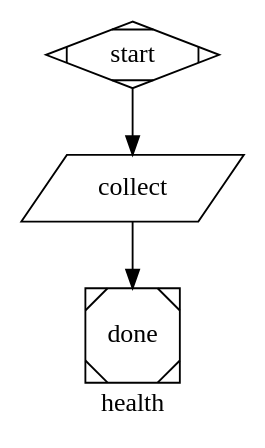
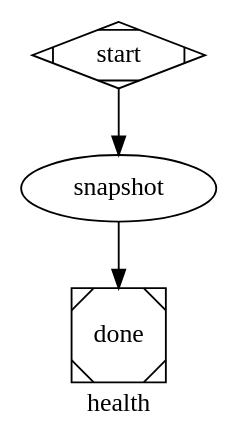
Before and after one commit to purrgrammer/fragua: the diagram in .swarm/workflows/health.dot, drawn with Graphviz. The commit also changed 146 other files, not shown here.

```diff
--- a/.swarm/workflows/health.dot
+++ b/.swarm/workflows/health.dot
@@ -1,34 +1,33 @@
 // health.dot — operational health snapshot of the swarm SQLite store.
-// One tool node wrapping .swarm/scripts/health/collect.ts. No LLM cost.
 //
-// Lifted out of the original introspect.dot pipeline so it can run on its
-// own cadence (hourly / on-demand) without dragging the drift workflows
-// along. The script labels each metric OK | WATCH | ALERT against
-// pre-defined thresholds — no LLM judgement needed.
+// A single codergen node runs .swarm/scripts/health/collect.ts via the
+// bash tool, then summarises the OK/WATCH/ALERT verdicts in its own
+// reply. The script already labels each metric; the codergen narrates.
 //
-// rollup.dot doesn't actually read this workflow's stored runs; it shells
-// out to the same script directly because health is a *now*-snapshot
-// (operational state, not historical findings). This workflow exists so
-// trends are queryable from `run_state` for future analysis and so a
-// missing snapshot is a visible run failure rather than silent.
+// Why a codergen, not a tool node: a workflow without an LLM has nothing
+// to read its own output. Tool nodes are for side effects (CI gates,
+// idempotent commands); data-gathering belongs inside a codergen.
 //
 //   bun run swarm run health
 
 digraph health {
   graph [
-    goal  = "Snapshot operational health of the swarm event store: run-status mix, halt-reason distribution, payload-size pressure, routing-size pressure, handler-timeout leaks, quarantines, daemon-event types."
-    label = "health"
+    goal             = "Snapshot operational health of the swarm event store and narrate the OK/WATCH/ALERT verdicts."
+    label            = "health"
+    default_fidelity = "compact"
+    model_stylesheet = "* { llm_provider: anthropic; llm_model: claude-haiku-4-5; }"
   ]
 
   start [shape=Mdiamond]
 
-  collect [
-    shape        = parallelogram
-    tool_command = "bun .swarm/scripts/health/collect.ts"
+  snapshot [
+    prompt        = "Run `bun .swarm/scripts/health/collect.ts` and read its JSON output. Summarise as a short markdown report — your FINAL assistant message, no preamble:\n\n# Swarm health — <collected_at>\n\n## Status\n<one paragraph: worst_label, distinct counts of OK/WATCH/ALERT, db_status>\n\n## Metrics\n| Label | Metric | Value | Note |\n|---|---|---|---|\n| <OK\\|WATCH\\|ALERT> | <id> | <value> | <note or —> |\n\nQuote the script's labels verbatim. If `db_status` is `missing` or `empty`, surface that under Status and skip the Metrics table."
+    allowed_tools = "bash, read"
+    max_cost_usd  = 0.05
   ]
 
   done [shape=Msquare]
 
-  start   -> collect
-  collect -> done
+  start    -> snapshot
+  snapshot -> done
 }
```
